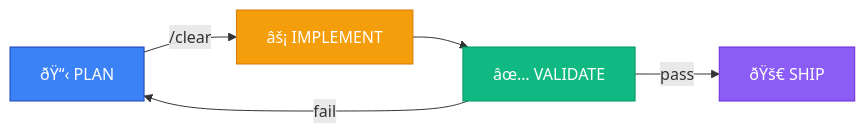
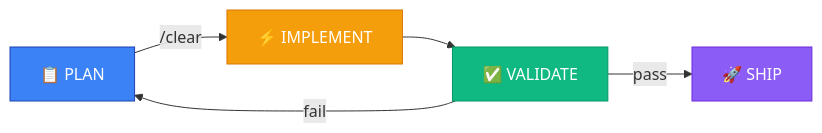
Before and after one commit to pauloarthurrocha/OneManAgency: the first of 3 diagrams in README.md, drawn with Mermaid. The commit also changed other lines of this file, not shown here.

````diff
--- a/README.md
+++ b/README.md
@@ -38,12 +38,12 @@
 ```mermaid
 graph LR
-    A["ðŸ“‹ PLAN"] -->|"/clear"| B["âš¡ IMPLEMENT"]
-    B --> C["âœ… VALIDATE"]
-    C -->|pass| D["ðŸš€ SHIP"]
+    A["📋 PLAN"] -->|"/clear"| B["⚡ IMPLEMENT"]
+    B --> C["✅ VALIDATE"]
+    C -->|pass| D["🚀 SHIP"]
     C -->|fail| A
 
     style A fill:#3b82f6,stroke:#1e40af,color:#fff
     style B fill:#f59e0b,stroke:#d97706,color:#fff
     style C fill:#10b981,stroke:#059669,color:#fff
     style D fill:#8b5cf6,stroke:#6d28d9,color:#fff
 ```
````
